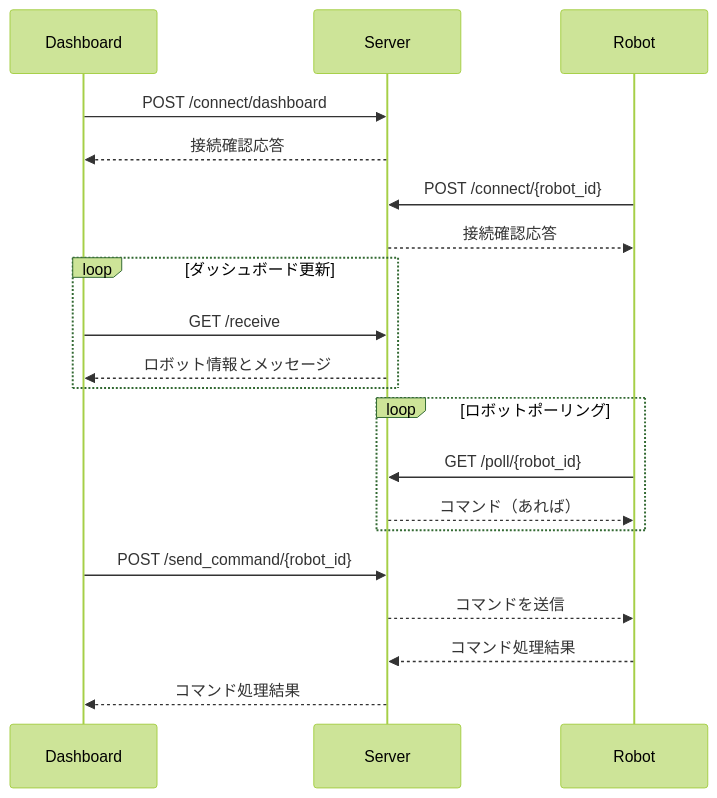
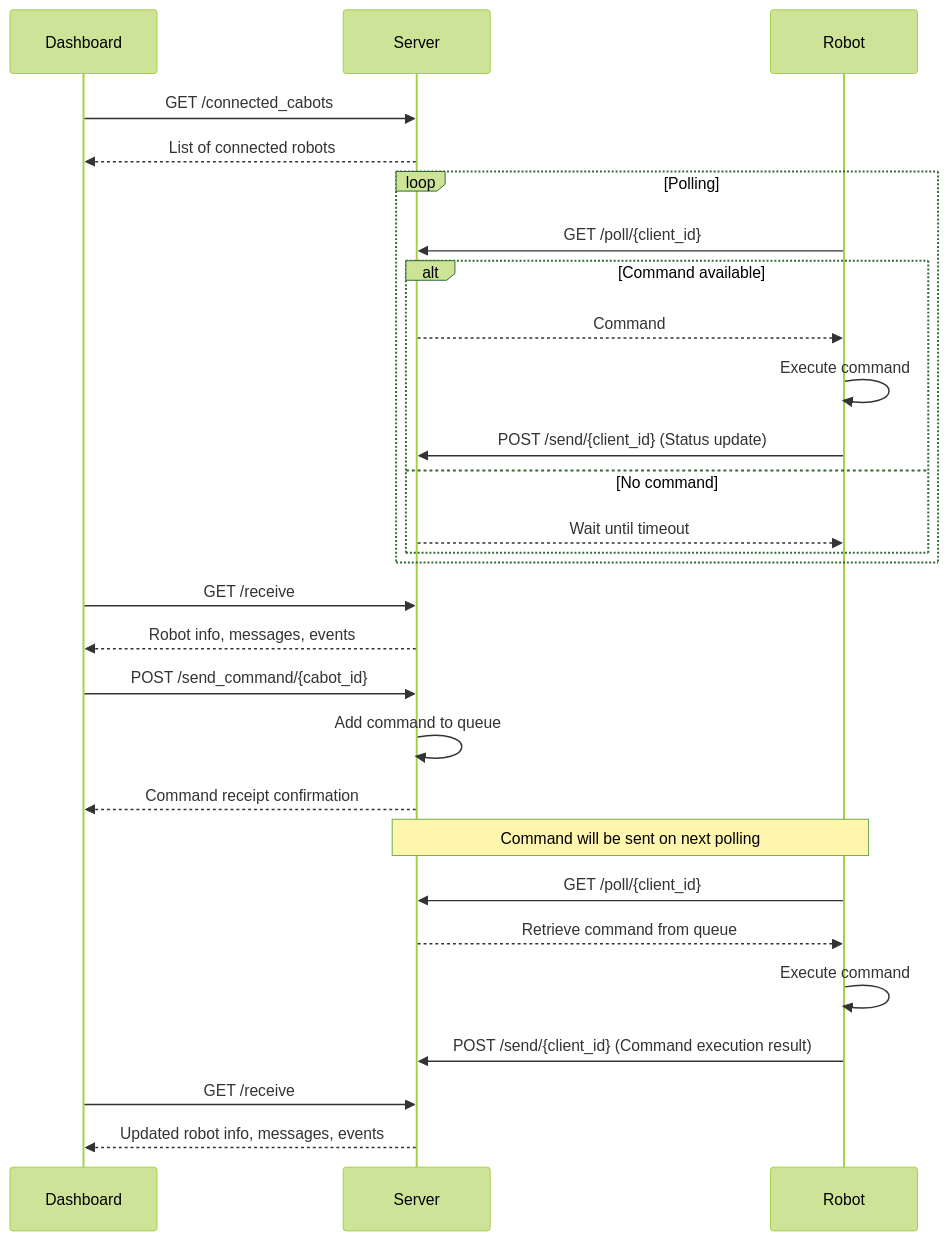
One commit to CMU-cabot/cabot-dashboard changed the second of 2 diagrams in README.md. Above: the diagram before and after it, drawn with Mermaid (forest theme). The commit also changed other lines of this file and 4 other files, not shown here.

````diff
--- a/README.md
+++ b/README.md
@@ -87,27 +87,37 @@
 ``` mermaid
 sequenceDiagram
     participant Dashboard
     participant Server
     participant Robot
 
-    Dashboard->>Server: POST /connect/dashboard
-    Server-->>Dashboard: 接続確認応答
+    Dashboard->>Server: GET /connected_cabots
+    Server-->>Dashboard: List of connected robots
 
-    Robot->>Server: POST /connect/{robot_id}
-    Server-->>Robot: 接続確認応答
-
-    loop ダッシュボード更新
-        Dashboard->>Server: GET /receive
-        Server-->>Dashboard: ロボット情報とメッセージ
+    loop Polling
+        Robot->>Server: GET /poll/{client_id}
+        alt Command available
+            Server-->>Robot: Command
+            Robot->>Robot: Execute command
+            Robot->>Server: POST /send/{client_id} (Status update)
+        else No command
+            Server-->>Robot: Wait until timeout
+        end
     end
 
-    loop ロボットポーリング
-        Robot->>Server: GET /poll/{robot_id}
-        Server-->>Robot: コマンド（あれば）
-    end
+    Dashboard->>Server: GET /receive
+    Server-->>Dashboard: Robot info, messages, events
 
-    Dashboard->>Server: POST /send_command/{robot_id}
-    Server-->>Robot: コマンドを送信
-    Robot-->>Server: コマンド処理結果
-    Server-->>Dashboard: コマンド処理結果
+    Dashboard->>Server: POST /send_command/{cabot_id}
+    Server->>Server: Add command to queue
+    Server-->>Dashboard: Command receipt confirmation
+
+    Note over Server,Robot: Command will be sent on next polling
+
+    Robot->>Server: GET /poll/{client_id}
+    Server-->>Robot: Retrieve command from queue
+    Robot->>Robot: Execute command
+    Robot->>Server: POST /send/{client_id} (Command execution result)
+
+    Dashboard->>Server: GET /receive
+    Server-->>Dashboard: Updated robot info, messages, events
 ```
````
